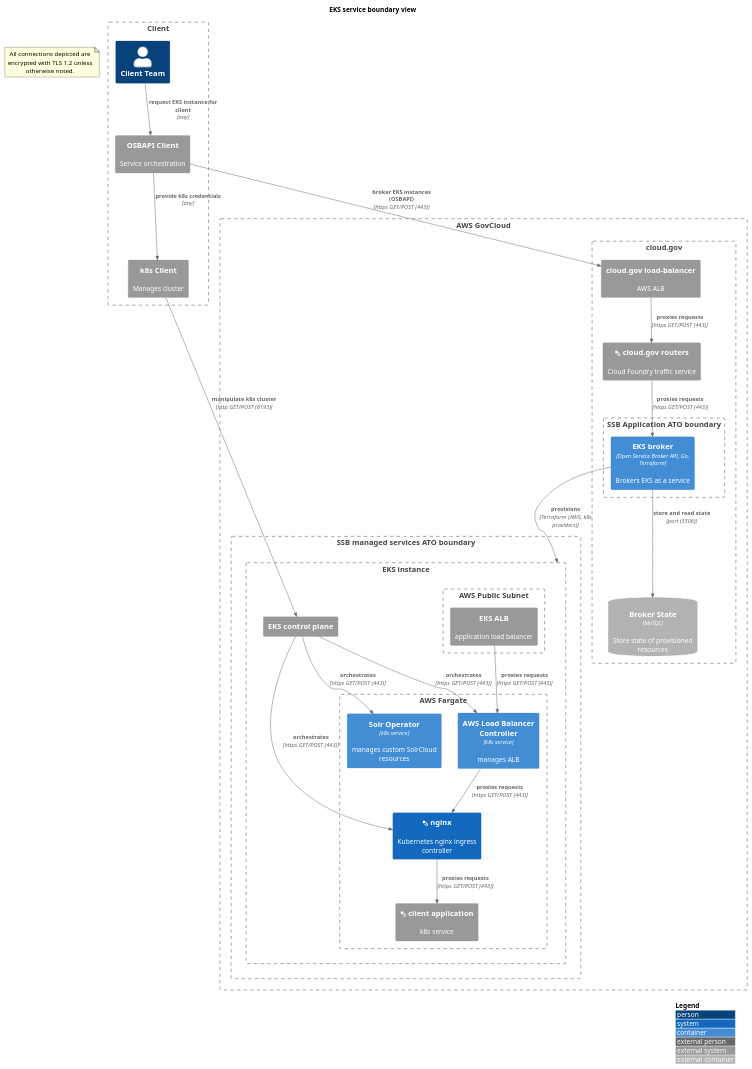
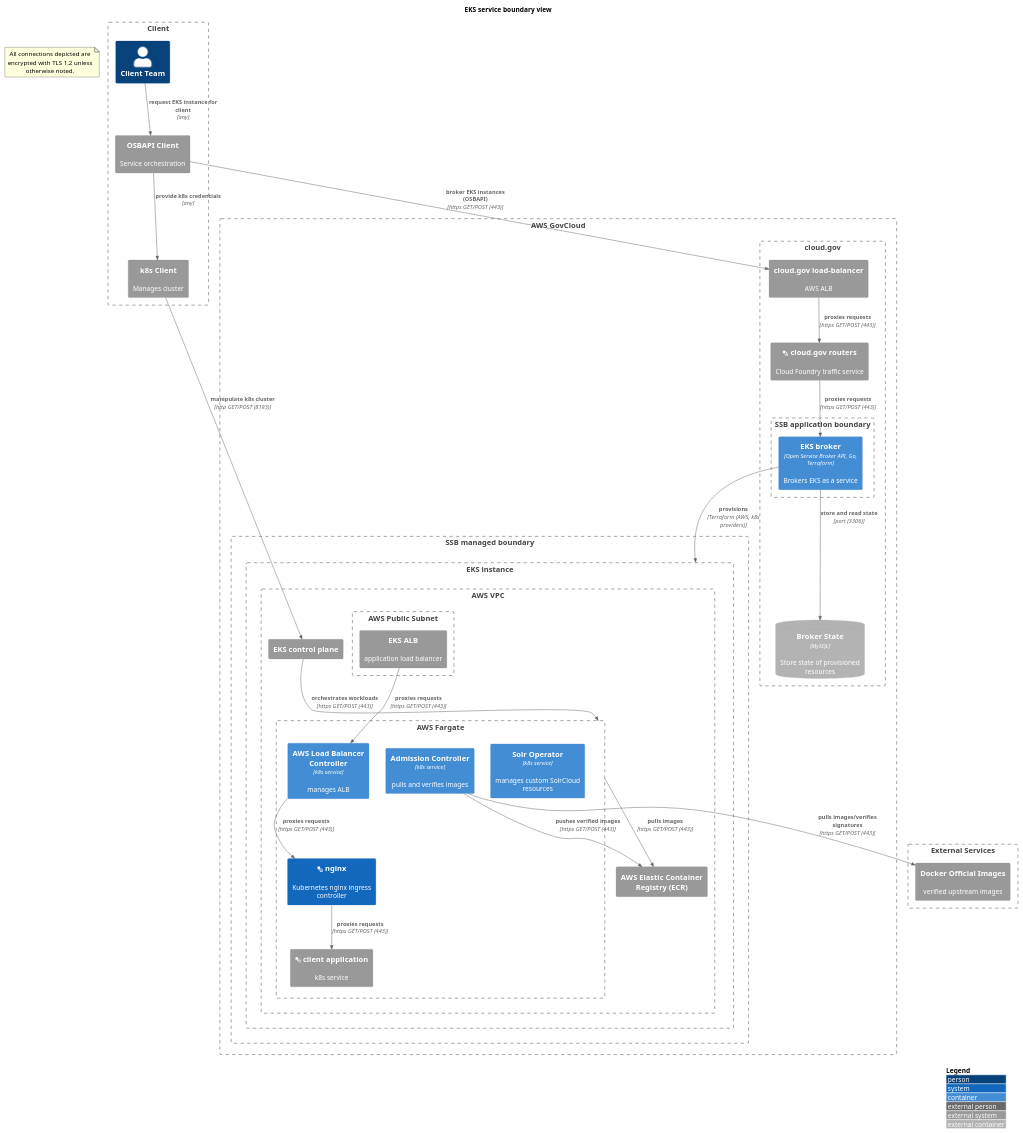
The second of 3 diagrams in solr-service-scratchpad.md (GSA/datagov-compliance), drawn with PlantUML before and after one commit. The commit also changed other lines of this file and 3 other files, not shown here.

Commit message:
Generate images from the file using VSCode PlantUML extension

````diff
--- a/solr-service-scratchpad.md
+++ b/solr-service-scratchpad.md
@@ -25,56 +25,64 @@
 ```plantuml
 @startuml
 !include https://raw.githubusercontent.com/plantuml-stdlib/C4-PlantUML/master/C4_Container.puml
 ' uncomment the following line and comment the first to use locally
 ' !include C4_Container.puml
 LAYOUT_WITH_LEGEND()
 title EKS service boundary view
 Boundary(client, "Client") {
   Person(client_team, "Client Team")
   System_Ext(osbapi_client, "OSBAPI Client", "Service orchestration")
   System_Ext(k8s_client, "k8s Client", "Manages cluster")
   Rel(osbapi_client, k8s_client, "provide k8s credentials", "any")
   Rel(client_team, osbapi_client, "request EKS instance for client", "any")
 }
+Boundary(external_services, "External Services") {
+  System_Ext(docker_official_images, "Docker Official Images", "verified upstream images")
+}
 note as EncryptionNote
   All connections depicted are encrypted with TLS 1.2 unless otherwise noted.
 end note
 
 Boundary(aws, "AWS GovCloud") {
-    Boundary(iaas, "SSB managed services ATO boundary") {
+    Boundary(iaas, "SSB managed boundary") {
       Boundary(eks_instance, "EKS instance") {
-        System_Ext(aws_eks, "EKS control plane")
-        Boundary(aws_fargate, "AWS Fargate") {
-          Container(solr_operator, "Solr Operator", "k8s service", "manages custom SolrCloud resources")
-          Container(alb_ingress, "AWS Load Balancer Controller", "k8s service", "manages ALB")
-          System(sys_eks_nginx_ingress, "<&layers> nginx", "Kubernetes nginx ingress controller")
-          System_Ext(client_app, "<&layers> client application", "k8s service")    
-        }
-        Boundary(aws_public_subnet, "AWS Public Subnet") {
-          System_Ext(aws_eks_alb, "EKS ALB", "application load balancer")
+        Boundary(vpc, "AWS VPC") {
+          System_Ext(aws_eks, "EKS control plane")
+          System_Ext(aws_ecr, "AWS Elastic Container Registry (ECR)")
+          Boundary(aws_fargate, "AWS Fargate") {
+            Container(solr_operator, "Solr Operator", "k8s service", "manages custom SolrCloud resources")
+            Container(admission_controller, "Admission Controller", "k8s service", "pulls and verifies images")
+            Container(alb_ingress, "AWS Load Balancer Controller", "k8s service", "manages ALB")
+            System(sys_eks_nginx_ingress, "<&layers> nginx", "Kubernetes nginx ingress controller")
+            System_Ext(client_app, "<&layers> client application", "k8s service")    
+          }
+          Boundary(aws_public_subnet, "AWS Public Subnet") {
+            System_Ext(aws_eks_alb, "EKS ALB", "application load balancer")
+          }
         }
       }
     }
     Boundary(cloudgov, "cloud.gov") {
         System_Ext(aws_cg_alb, "cloud.gov load-balancer", "AWS ALB")
         System_Ext(cloudgov_router, "<&layers> cloud.gov routers", "Cloud Foundry traffic service")
-	Boundary(atob, "SSB Application ATO boundary") {
+	Boundary(atob, "SSB application boundary") {
 	  Container(eks_app, "EKS broker", "Open Service Broker API, Go, Terraform", "Brokers EKS as a service")
         }
 	ContainerDb_Ext(eks_app_db, "Broker State", "MySQL", "Store state of provisioned resources")
     }
 }
 Rel(eks_app, eks_instance, "provisions", "Terraform (AWS, k8s providers)")
 Rel(osbapi_client, aws_cg_alb, "broker EKS instances (OSBAPI)", "https GET/POST (443)")
 Rel(aws_cg_alb, cloudgov_router, "proxies requests", "https GET/POST (443)")
 Rel(cloudgov_router, eks_app, "proxies requests", "https GET/POST (443)")
 Rel(eks_app, eks_app_db, "store and read state", "port (3306)")
 Rel(k8s_client, aws_eks, "manipulate k8s cluster", "http GET/POST (8193)")
 Rel(aws_eks_alb, alb_ingress, "proxies requests", "https GET/POST (443)")
 Rel(alb_ingress, sys_eks_nginx_ingress, "proxies requests", "https GET/POST (443)")
 Rel(sys_eks_nginx_ingress, client_app, "proxies requests", "https GET/POST (443)")
-Rel(aws_eks, sys_eks_nginx_ingress, "orchestrates", "https GET/POST (443)")
-Rel(aws_eks, solr_operator, "orchestrates", "https GET/POST (443)")
-Rel(aws_eks, alb_ingress, "orchestrates", "https GET/POST (443)")
+Rel(aws_eks, aws_fargate, "orchestrates workloads", "https GET/POST (443)")
+Rel(aws_fargate, aws_ecr, "pulls images", "https GET/POST (443)")
+Rel(admission_controller, docker_official_images, "pulls images/verifies signatures", "https GET/POST (443)")
+Rel(admission_controller, aws_ecr, "pushes verified images", "https GET/POST (443)")
 @enduml
 ```
````
